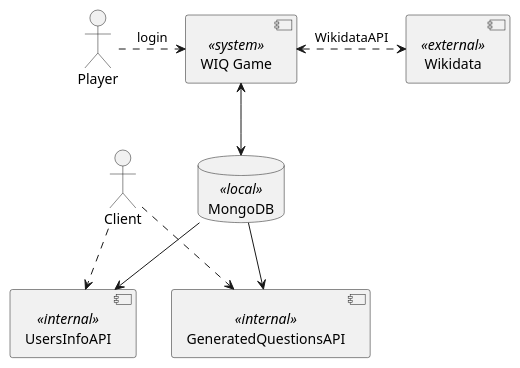
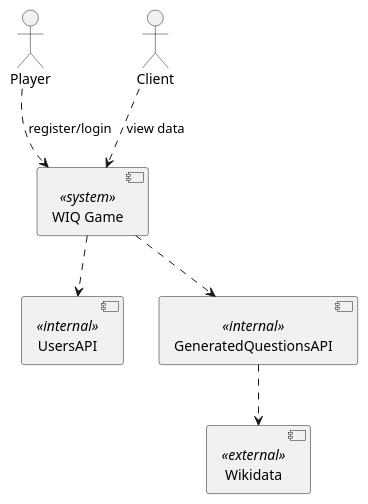
The diagram in docs/src/03_system_scope_and_context.adoc (Arquisoft/wiq_en1a), drawn with PlantUML before and after one commit. The commit also changed 1 other file, not shown here.

Commit message:
Point 5 of the documentation written and point 3 updated

```diff
--- a/docs/src/03_system_scope_and_context.adoc
+++ b/docs/src/03_system_scope_and_context.adoc
@@ -51,17 +51,15 @@
 [plantuml,"Context diagram",png]
 ----
 actor Player
 actor Client
-database MongoDB <<local>>
+[Wikidata] <<external>>
+
 [WIQ Game] <<system>>
-[Wikidata] <<external>>
-[UsersInfoAPI] <<internal>>
+[UsersAPI] <<internal>>
 [GeneratedQuestionsAPI] <<internal>>
-Player .> (WIQ Game) : login
-Client ..> (UsersInfoAPI)
-Client ..> (GeneratedQuestionsAPI)
-MongoDB --> (UsersInfoAPI)
-MongoDB --> (GeneratedQuestionsAPI)
-[WIQ Game] <.> (Wikidata) : WikidataAPI
-[WIQ Game] <--> (MongoDB)
+Player ..> (WIQ Game) : register/login
+Client ..> (WIQ Game) : view data
+[GeneratedQuestionsAPI] ..> Wikidata
+[WIQ Game] ..> UsersAPI
+[WIQ Game] ..> GeneratedQuestionsAPI
 ----
```
